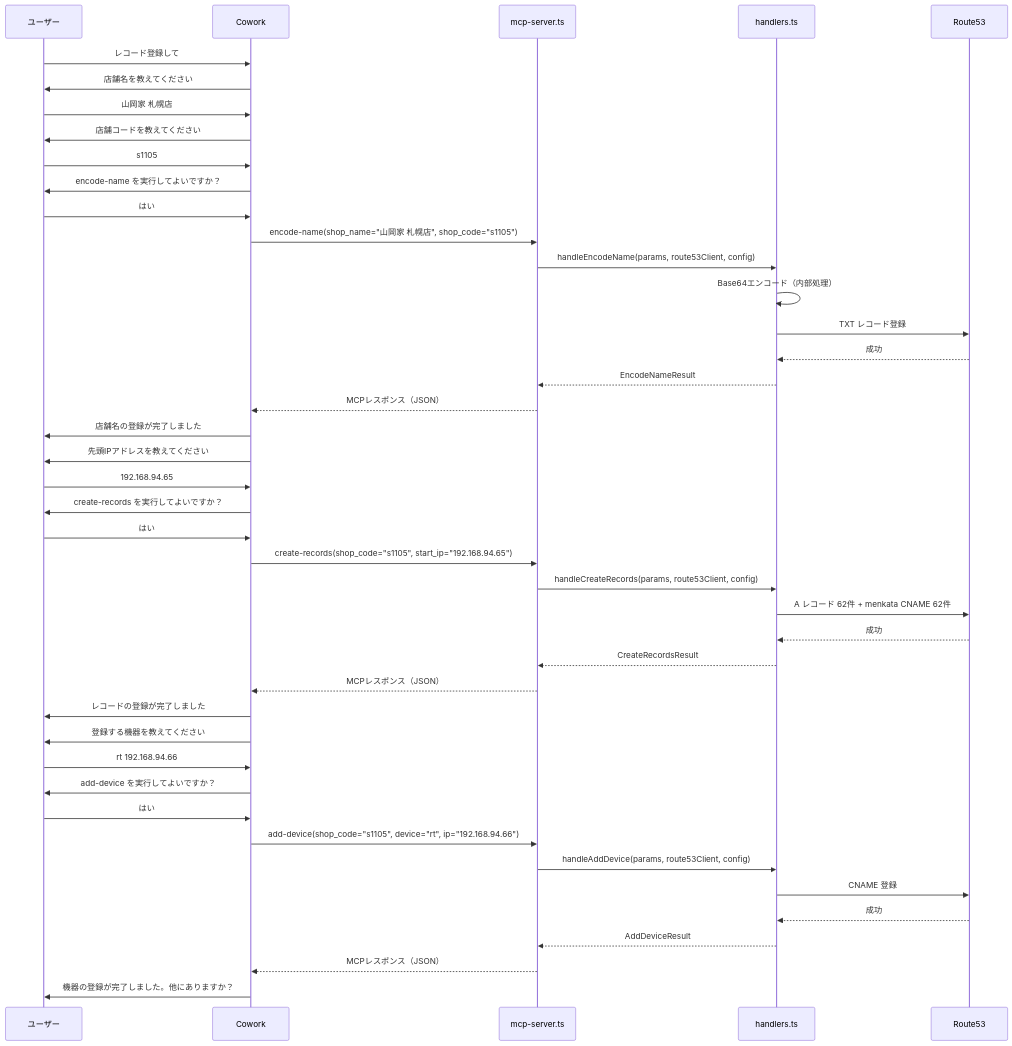
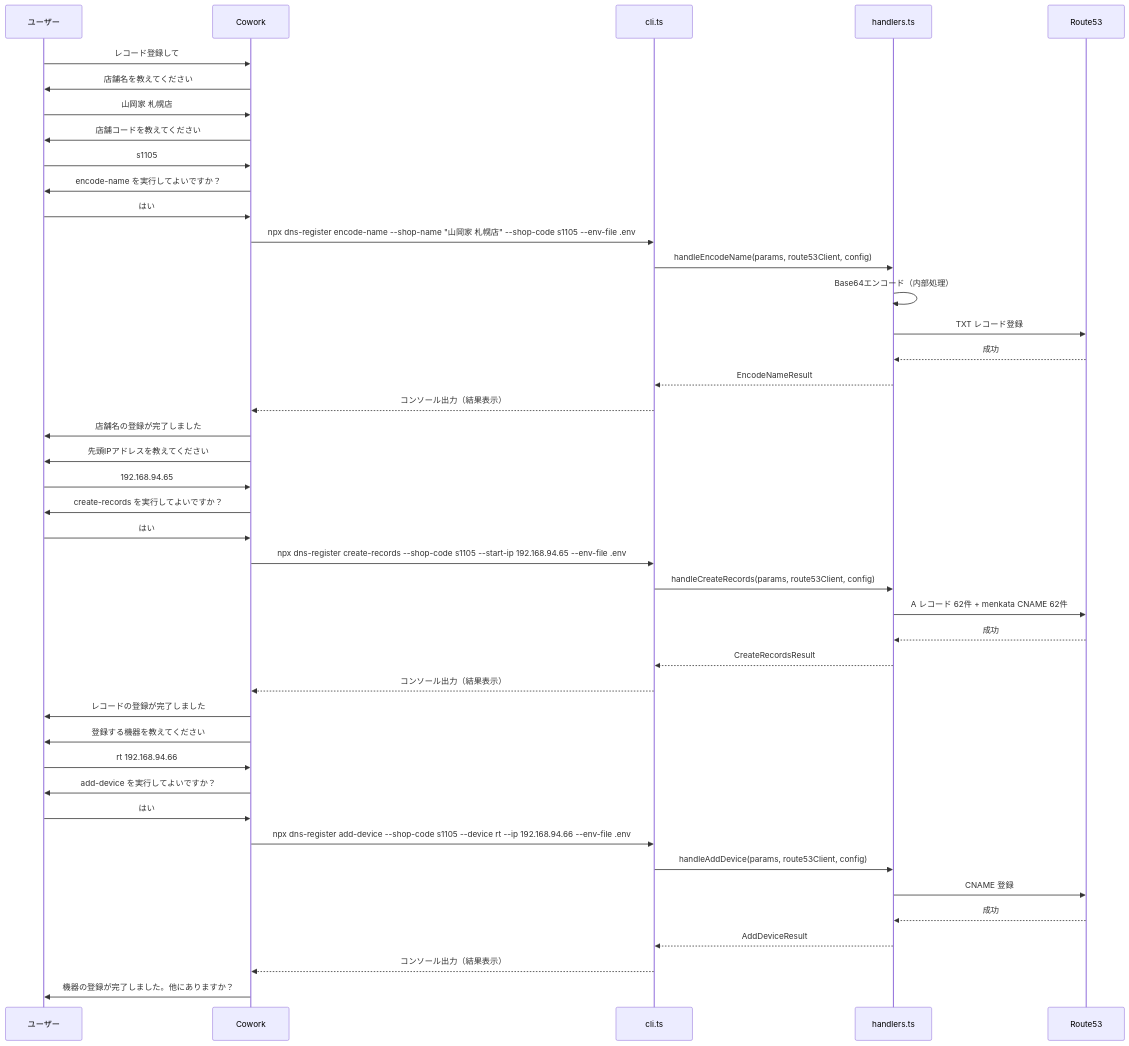
One commit to y-ishijima/route53_dns_auto_register changed the second of 3 diagrams in docs/architecture.md. Above: the diagram before and after it, drawn with Mermaid. The commit also changed other lines of this file and 11 other files, not shown here.

````diff
--- a/docs/architecture.md
+++ b/docs/architecture.md
@@ -103,48 +104,48 @@
 ```mermaid
 sequenceDiagram
     participant U as ユーザー
     participant C as Cowork
-    participant MCP as mcp-server.ts
+    participant CLI as cli.ts
     participant H as handlers.ts
     participant R53 as Route53
 
     U->>C: レコード登録して
     C->>U: 店舗名を教えてください
     U->>C: 山岡家 札幌店
     C->>U: 店舗コードを教えてください
     U->>C: s1105
     C->>U: encode-name を実行してよいですか？
     U->>C: はい
-    C->>MCP: encode-name(shop_name="山岡家 札幌店", shop_code="s1105")
-    MCP->>H: handleEncodeName(params, route53Client, config)
+    C->>CLI: npx dns-register encode-name --shop-name "山岡家 札幌店" --shop-code s1105 --env-file .env
+    CLI->>H: handleEncodeName(params, route53Client, config)
     H->>H: Base64エンコード（内部処理）
     H->>R53: TXT レコード登録
     R53-->>H: 成功
-    H-->>MCP: EncodeNameResult
-    MCP-->>C: MCPレスポンス（JSON）
+    H-->>CLI: EncodeNameResult
+    CLI-->>C: コンソール出力（結果表示）
     C->>U: 店舗名の登録が完了しました
 
     C->>U: 先頭IPアドレスを教えてください
     U->>C: 192.168.94.65
     C->>U: create-records を実行してよいですか？
     U->>C: はい
-    C->>MCP: create-records(shop_code="s1105", start_ip="192.168.94.65")
-    MCP->>H: handleCreateRecords(params, route53Client, config)
+    C->>CLI: npx dns-register create-records --shop-code s1105 --start-ip 192.168.94.65 --env-file .env
+    CLI->>H: handleCreateRecords(params, route53Client, config)
     H->>R53: A レコード 62件 + menkata CNAME 62件
     R53-->>H: 成功
-    H-->>MCP: CreateRecordsResult
-    MCP-->>C: MCPレスポンス（JSON）
+    H-->>CLI: CreateRecordsResult
+    CLI-->>C: コンソール出力（結果表示）
     C->>U: レコードの登録が完了しました
 
     C->>U: 登録する機器を教えてください
     U->>C: rt 192.168.94.66
     C->>U: add-device を実行してよいですか？
     U->>C: はい
-    C->>MCP: add-device(shop_code="s1105", device="rt", ip="192.168.94.66")
-    MCP->>H: handleAddDevice(params, route53Client, config)
+    C->>CLI: npx dns-register add-device --shop-code s1105 --device rt --ip 192.168.94.66 --env-file .env
+    CLI->>H: handleAddDevice(params, route53Client, config)
     H->>R53: CNAME 登録
     R53-->>H: 成功
-    H-->>MCP: AddDeviceResult
-    MCP-->>C: MCPレスポンス（JSON）
+    H-->>CLI: AddDeviceResult
+    CLI-->>C: コンソール出力（結果表示）
     C->>U: 機器の登録が完了しました。他にありますか？
 ```
````
